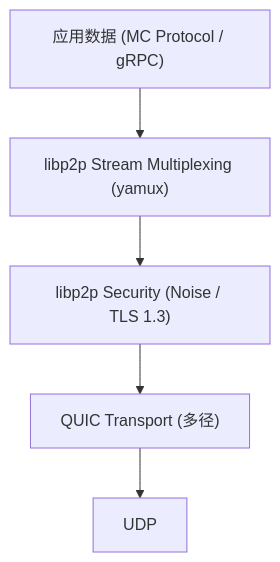
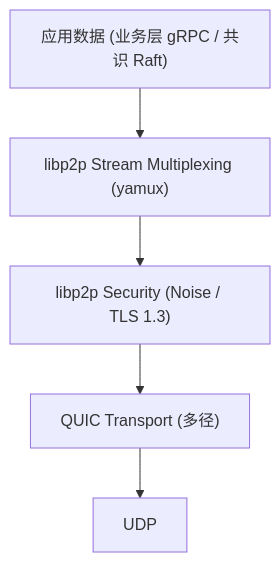
Before and after one commit to JLUCraft/docs: the first of 6 diagrams in pages/design/network.md, drawn with Mermaid. The commit also changed other lines of this file and 12 other files, not shown here.

````diff
--- a/pages/design/network.md
+++ b/pages/design/network.md
@@ -7,9 +18,9 @@
 ```mermaid
 flowchart TB
-  A["应用数据 (MC Protocol / gRPC)"]
+  A["应用数据 (业务层 gRPC / 共识 Raft)"]
   B["libp2p Stream Multiplexing (yamux)"]
   C["libp2p Security (Noise / TLS 1.3)"]
   D["QUIC Transport (多径)"]
   E[UDP]
   A --> B --> C --> D --> E
 ```
````
